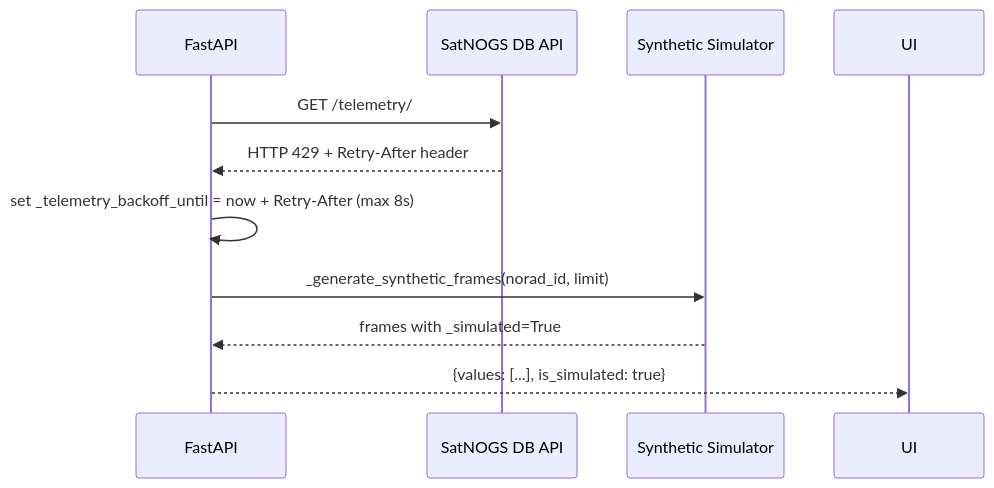
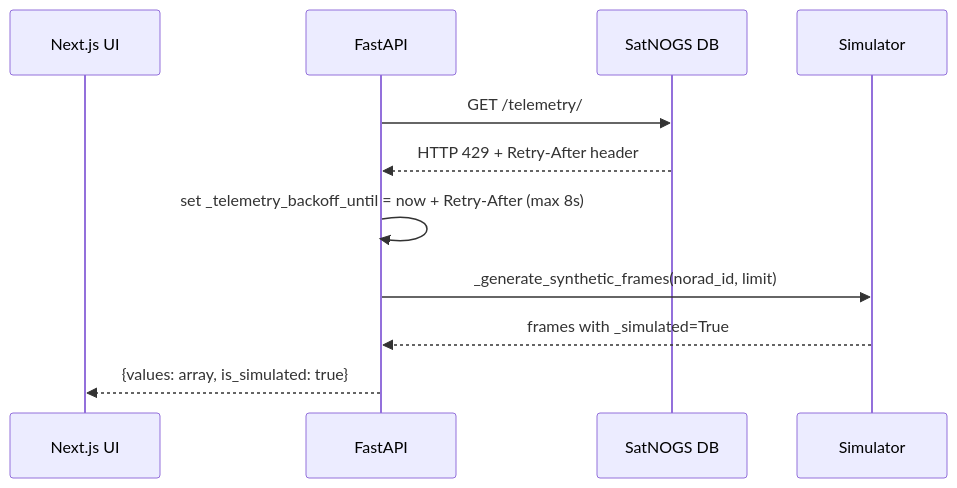
One commit to yoohooshantanu/Downlink changed the third of 9 diagrams in README.md. Above: the diagram before and after it, drawn with Mermaid. The commit also changed other lines of this file, not shown here.

Commit message:
docs: fix Mermaid syntax errors preventing GitHub rendering

````diff
--- a/README.md
+++ b/README.md
@@ -117,13 +117,14 @@
 ```mermaid
 sequenceDiagram
+    participant UI as Next.js UI
     participant API as FastAPI
-    participant SatNOGS as SatNOGS DB API
-    participant Sim as Synthetic Simulator
+    participant SatNOGS as SatNOGS DB
+    participant Sim as Simulator
 
     API->>SatNOGS: GET /telemetry/
     SatNOGS-->>API: HTTP 429 + Retry-After header
     API->>API: set _telemetry_backoff_until = now + Retry-After (max 8s)
     API->>Sim: _generate_synthetic_frames(norad_id, limit)
     Sim-->>API: frames with _simulated=True
-    API-->>UI: {values: [...], is_simulated: true}
+    API-->>UI: {values: array, is_simulated: true}
 ```
````
